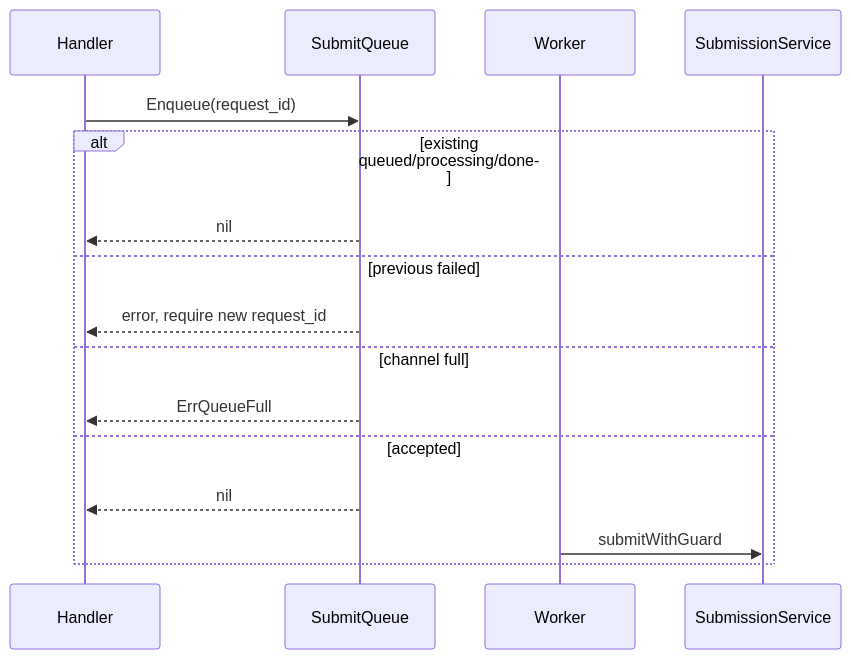
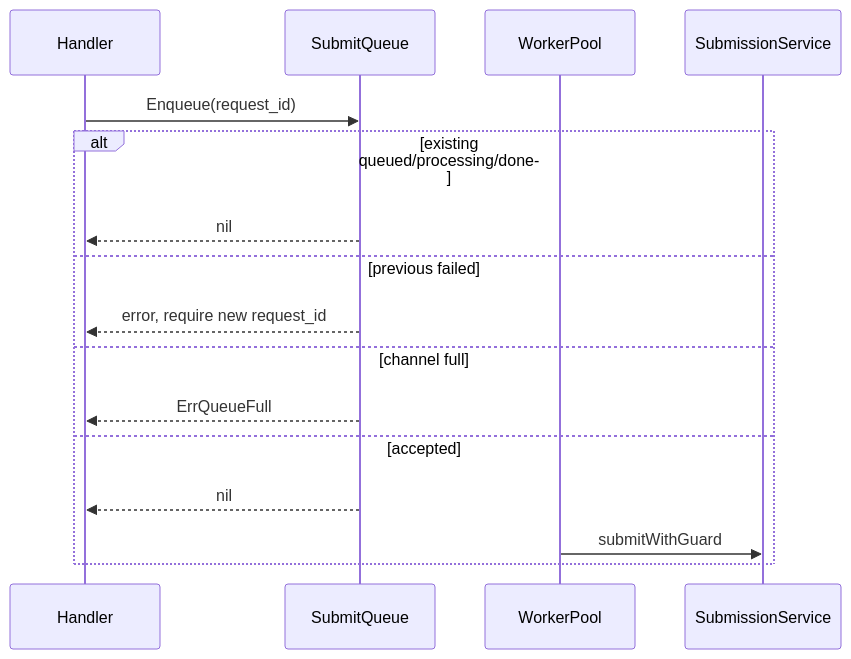
The second of 2 diagrams in docs/03-基础设施/resilience/02-SubmitQueue提交削峰.md (FangcunMount/qs-server), drawn with Mermaid before and after one commit. The commit also changed other lines of this file and 58 other files, not shown here.

Commit message:
pref Resilience Plane 重构：WorkerPool、显式 Backpressure、三类 Lock 语义接口

````diff
--- a/docs/03-基础设施/resilience/02-SubmitQueue提交削峰.md
+++ b/docs/03-基础设施/resilience/02-SubmitQueue提交削峰.md
@@ -32,19 +32,19 @@
 ```mermaid
 sequenceDiagram
     participant H as Handler
     participant Q as SubmitQueue
-    participant W as Worker
+    participant W as WorkerPool
     participant S as SubmissionService
 
     H->>Q: Enqueue(request_id)
     alt existing queued/processing/done
         Q-->>H: nil
     else previous failed
         Q-->>H: error, require new request_id
     else channel full
         Q-->>H: ErrQueueFull
     else accepted
         Q-->>H: nil
         W->>S: submitWithGuard
     end
 ```
````
